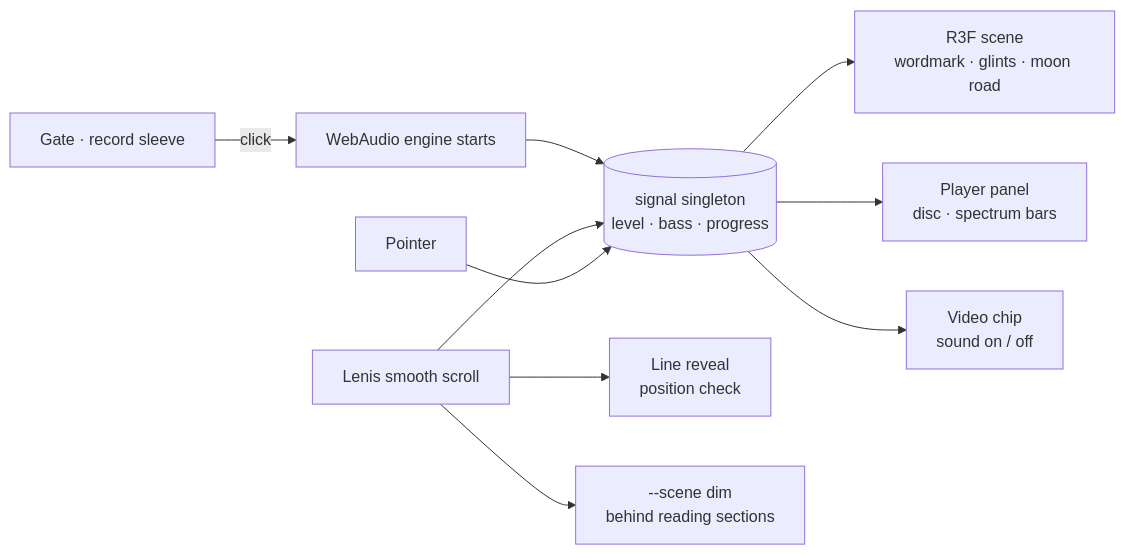
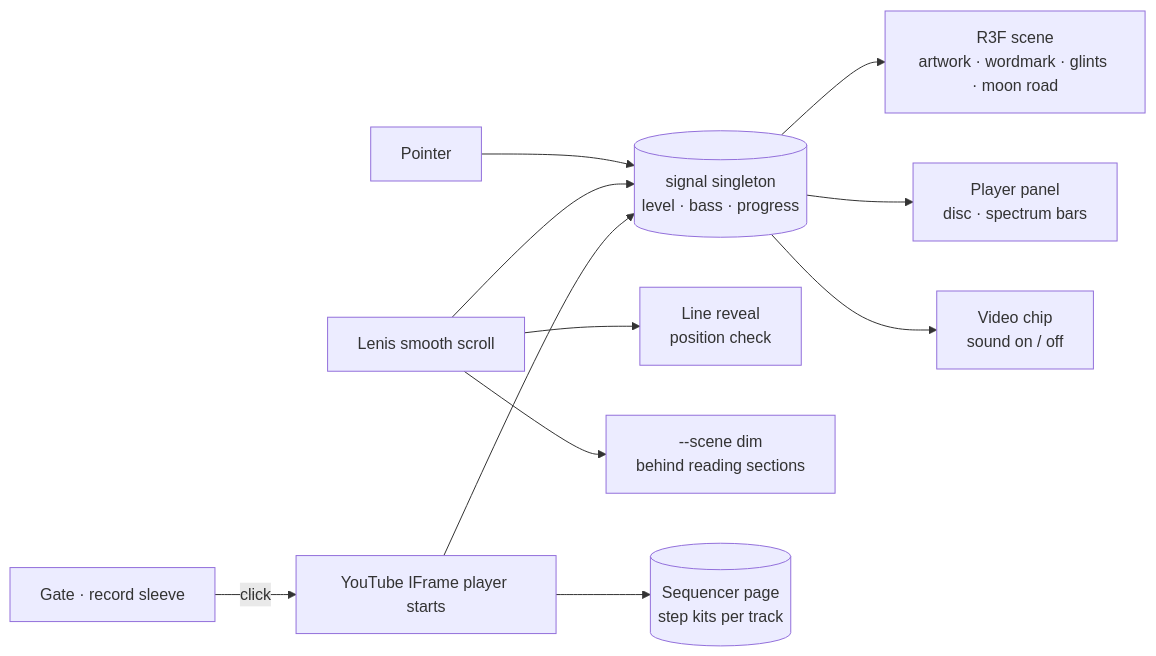
The diagram in README.md (ravjot-sudo/ASCEND), drawn with Mermaid before and after one commit. The commit also changed other lines of this file and 21 other files, not shown here.

Commit message:
ASCEND rename across copy, sequencer kits, licence; refreshed README screens

````diff
--- a/README.md
+++ b/README.md
@@ -73,12 +76,13 @@
 ```mermaid
 flowchart LR
-  A[Gate · record sleeve] -- click --> B[WebAudio engine starts]
+  A[Gate · record sleeve] -- click --> B[YouTube IFrame player starts]
   B --> C[(signal singleton<br/>level · bass · progress)]
   D[Lenis smooth scroll] --> C
   E[Pointer] --> C
-  C --> F[R3F scene<br/>wordmark · glints · moon road]
+  C --> F[R3F scene<br/>artwork · wordmark · glints · moon road]
   C --> G[Player panel<br/>disc · spectrum bars]
   C --> H[Video chip<br/>sound on / off]
   D --> I[Line reveal<br/>position check]
   D --> J[--scene dim<br/>behind reading sections]
+  B --> K[(Sequencer page<br/>step kits per track)]
 ```
````
